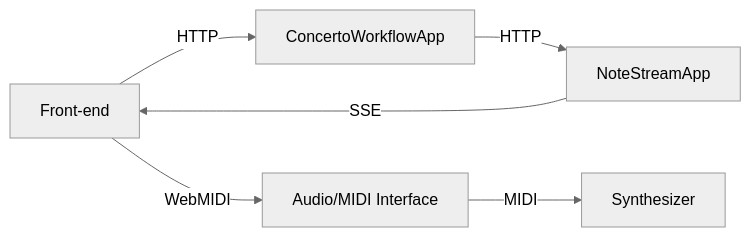
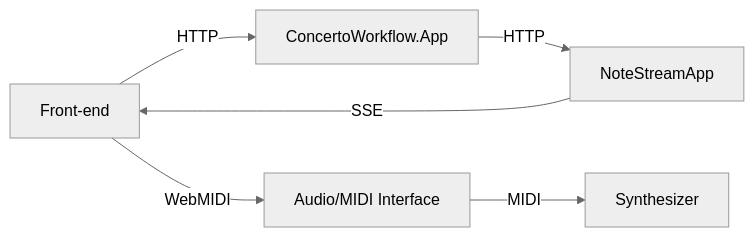
Before and after one commit to diagrid-labs/dapr-workflow-concerto: the diagram in README.md, drawn with Mermaid (neutral theme). The commit also changed other lines of this file and 31 other files, not shown here.

````diff
--- a/README.md
+++ b/README.md
@@ -7,8 +7,8 @@
 ```mermaid
 flowchart LR
-    FE[Front-end] --HTTP--> CWA[ConcertoWorkflowApp]
+    FE[Front-end] --HTTP--> CWA[ConcertoWorkflow.App]
     CWA --HTTP--> NSA[NoteStreamApp]
     NSA --SSE--> FE
     FE --WebMIDI--> HI[Audio/MIDI Interface]
     HI --MIDI--> HS[Synthesizer]
 ```
````
